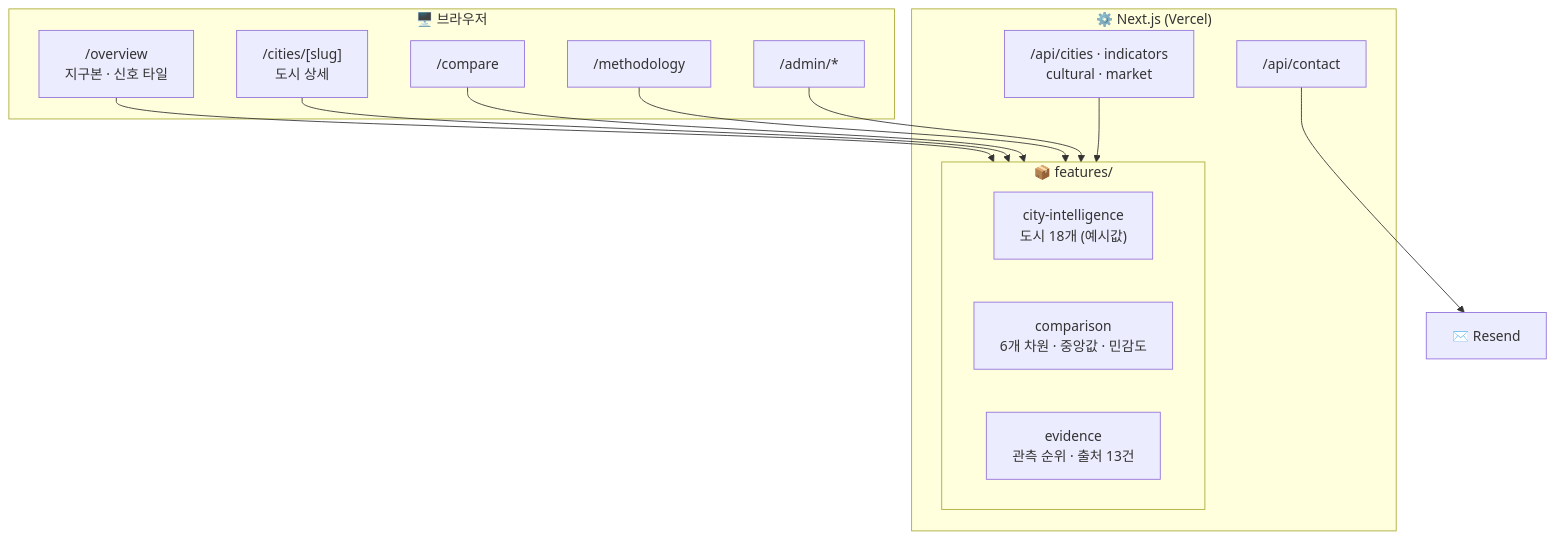
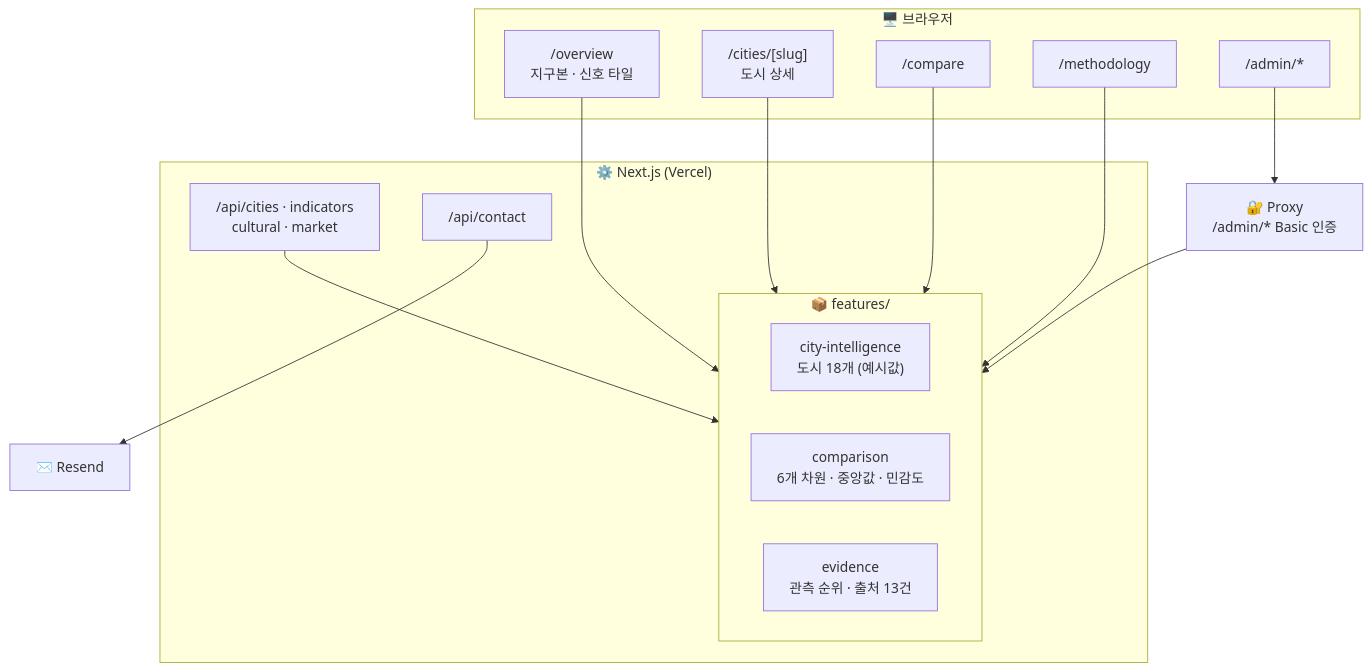
One commit to beang66/art-city-intelligence changed the first of 5 diagrams in README.md. Above: the diagram before and after it, drawn with Mermaid. The commit also changed other lines of this file and 28 other files, not shown here.

````diff
--- a/README.md
+++ b/README.md
@@ -104,23 +120,25 @@
 ```mermaid
 flowchart TB
     subgraph Client["🖥️ 브라우저"]
         OV["/overview<br>지구본 · 신호 타일"]
         CT["/cities/[slug]<br>도시 상세"]
         CP["/compare"]
         MT["/methodology"]
         AD["/admin/*"]
     end
+    PX["🔐 Proxy<br>/admin/* Basic 인증"]
     subgraph App["⚙️ Next.js (Vercel)"]
         API["/api/cities · indicators<br>cultural · market"]
         CTC["/api/contact"]
         subgraph Data["📦 features/"]
             CI["city-intelligence<br>도시 18개 (예시값)"]
             CM["comparison<br>6개 차원 · 중앙값 · 민감도"]
             EV["evidence<br>관측 순위 · 출처 13건"]
         end
     end
     RS["✉️ Resend"]
-    OV & CT & CP & MT & AD --> Data
+    AD --> PX
+    OV & CT & CP & MT & PX --> Data
     API --> Data
     CTC --> RS
 ```
````
